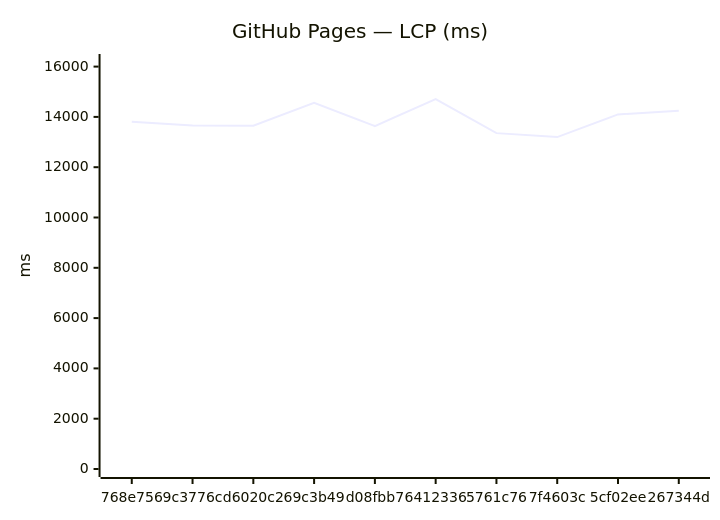
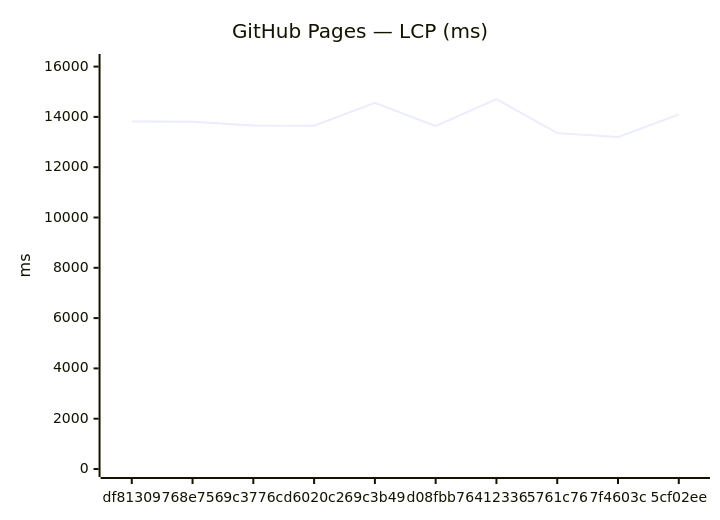
One commit to Metaheurist/Rianell changed the third of 18 diagrams in benchmarks/compare.md. Above: the diagram before and after it, drawn with Mermaid. The commit also changed other lines of this file and 11 other files, not shown here.

````diff
--- a/benchmarks/compare.md
+++ b/benchmarks/compare.md
@@ -54,7 +54,7 @@
 ```mermaid
 xychart-beta
     title "GitHub Pages — LCP (ms)"
-    x-axis ["768e756", "9c3776c", "d6020c2", "69c3b49", "d08fbb7", "6412336", "5761c76", "7f4603c", "5cf02ee", "267344d"]
+    x-axis ["df81309", "768e756", "9c3776c", "d6020c2", "69c3b49", "d08fbb7", "6412336", "5761c76", "7f4603c", "5cf02ee"]
     y-axis "ms" 0 --> 16183
-    line [13811, 13660, 13653, 14556, 13636, 14711, 13355, 13197, 14098, 14242]
+    line [13820, 13811, 13660, 13653, 14556, 13636, 14711, 13355, 13197, 14098]
 ```
````
